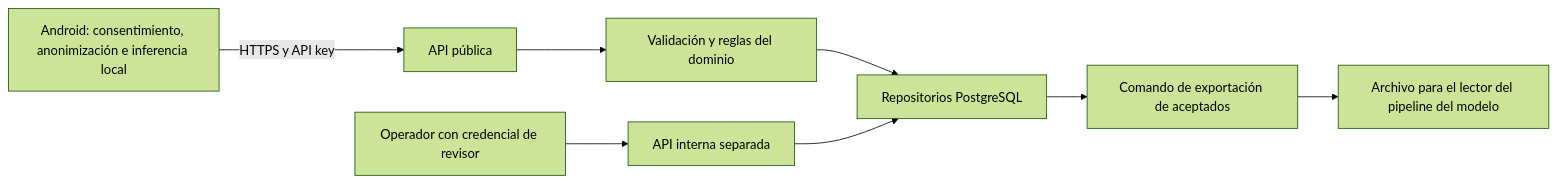
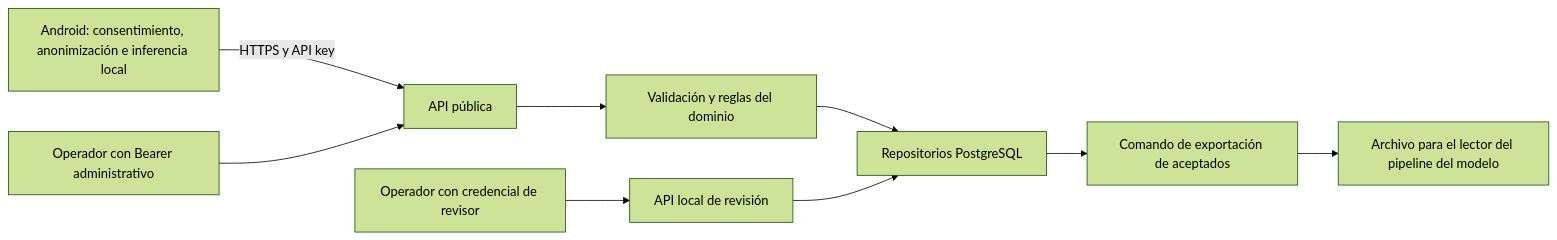
One commit to smishing-thesis/smishing-backend changed the diagram in docs/architecture-privacy.md. Above: the diagram before and after it, drawn with Mermaid (forest theme). The commit also changed 3 other files, not shown here.

````diff
--- a/docs/architecture-privacy.md
+++ b/docs/architecture-privacy.md
@@ -39,10 +39,11 @@
 ```mermaid
 flowchart LR
     A[Android: consentimiento, anonimización e inferencia local] -->|HTTPS y API key| B[API pública]
     B --> C[Validación y reglas del dominio]
     C --> D[Repositorios PostgreSQL]
-    R[Operador con credencial de revisor] --> E[API interna separada]
+    R[Operador con credencial de revisor] --> E[API local de revisión]
+    O[Operador con Bearer administrativo] --> B
     E --> D
     D --> F[Comando de exportación de aceptados]
     F --> G[Archivo para el lector del pipeline del modelo]
 ```
````
